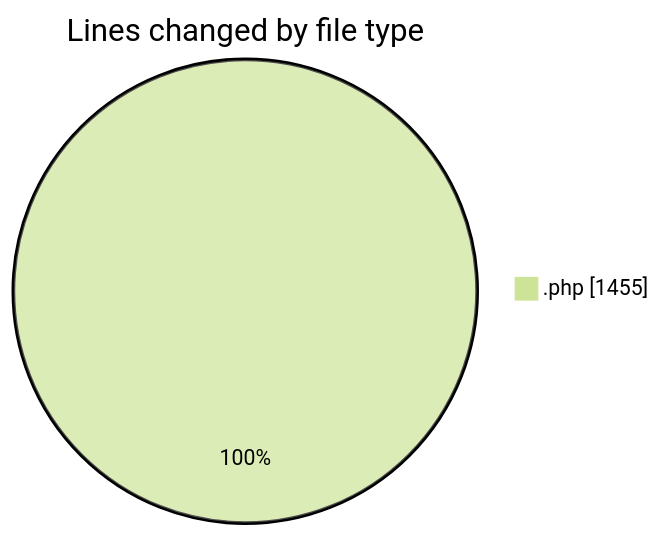
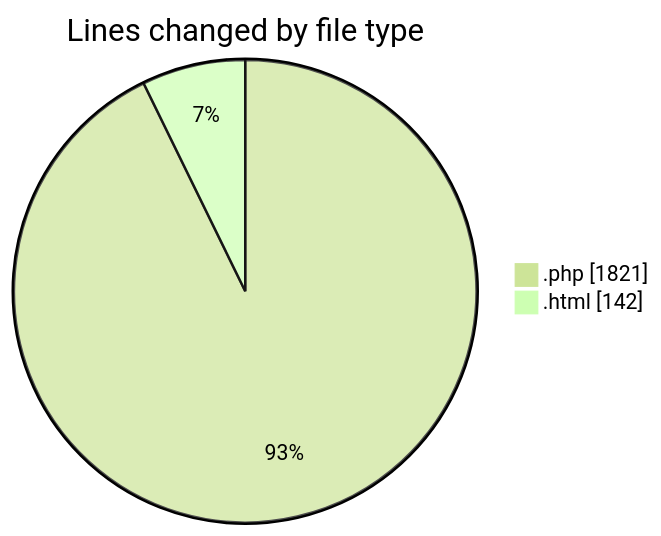
One commit to robertbonfada/code-tracking changed the first of 2 diagrams in 2025-02-13/checkout_v2/README.md. Above: the diagram before and after it, drawn with Mermaid (forest theme). The commit also changed other lines of this file and 1 other file, not shown here.

````diff
--- a/2025-02-13/checkout_v2/README.md
+++ b/2025-02-13/checkout_v2/README.md
@@ -22,5 +24,6 @@
 ```mermaid
 pie showData
 title Lines changed by file type
-".php" : 1455
+".php" : 1821
+".html" : 142
 ```
````
